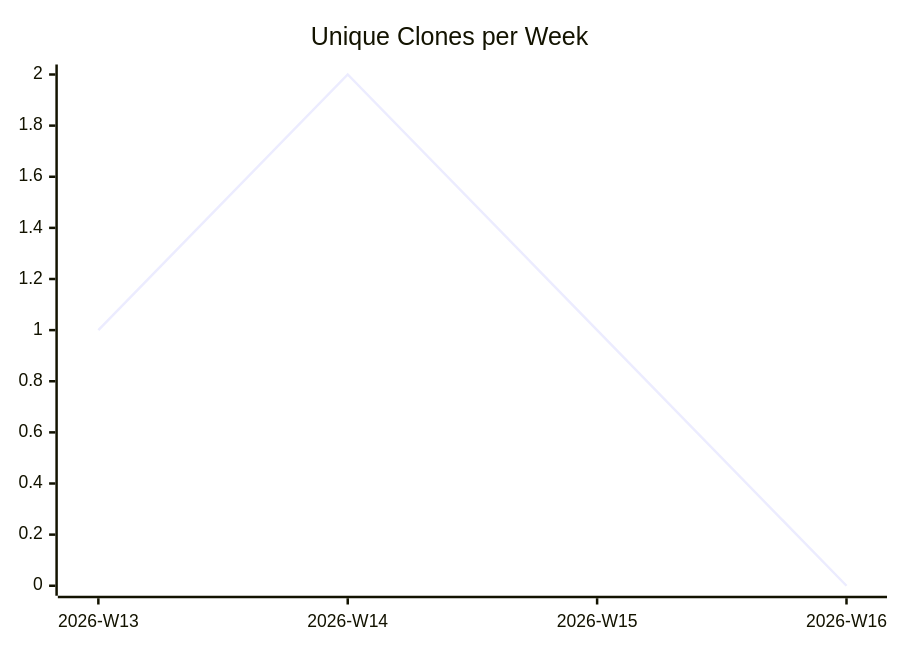
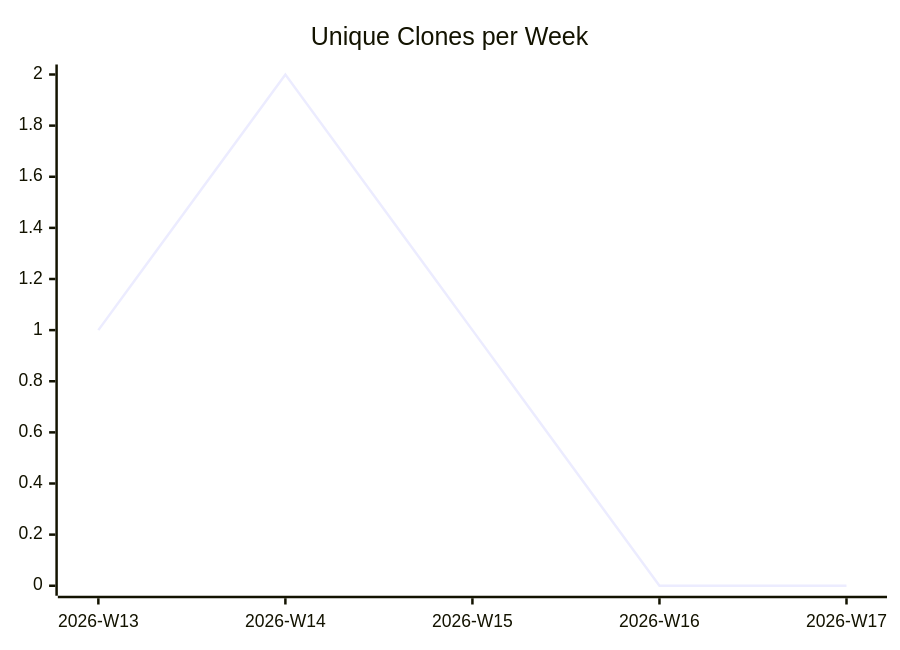
The third of 3 diagrams in karlmdavis/ansible-jenkins/README.md (justdavis-family/github-analytics-data), drawn with Mermaid before and after one commit. The commit also changed other lines of this file and 192 other files, not shown here.

````diff
--- a/karlmdavis/ansible-jenkins/README.md
+++ b/karlmdavis/ansible-jenkins/README.md
@@ -19,6 +19,6 @@
 ```mermaid
 xychart-beta
   title "Unique Clones per Week"
-  x-axis ["2026-W13", "2026-W14", "2026-W15", "2026-W16"]
-  line [1, 2, 1, 0]
+  x-axis ["2026-W13", "2026-W14", "2026-W15", "2026-W16", "2026-W17"]
+  line [1, 2, 1, 0, 0]
 ```
````
